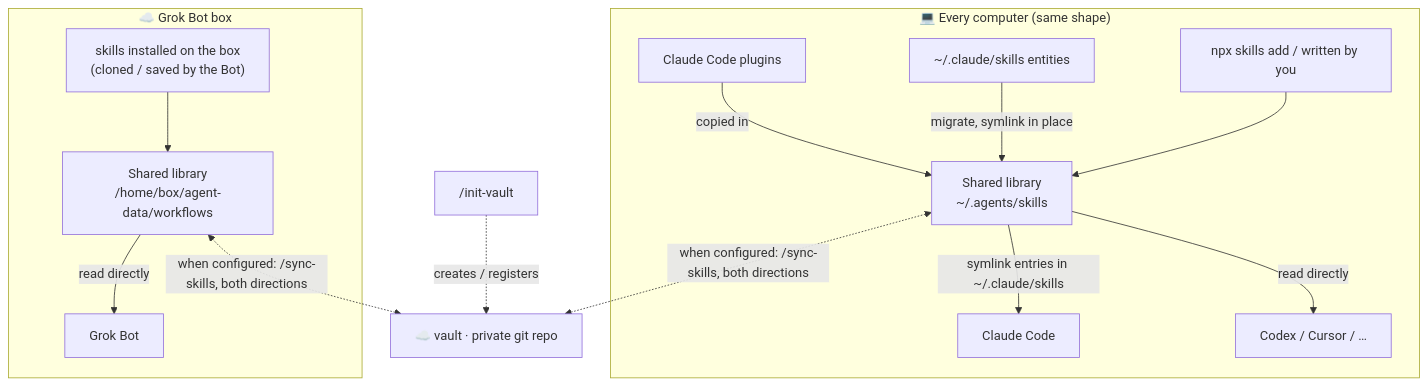
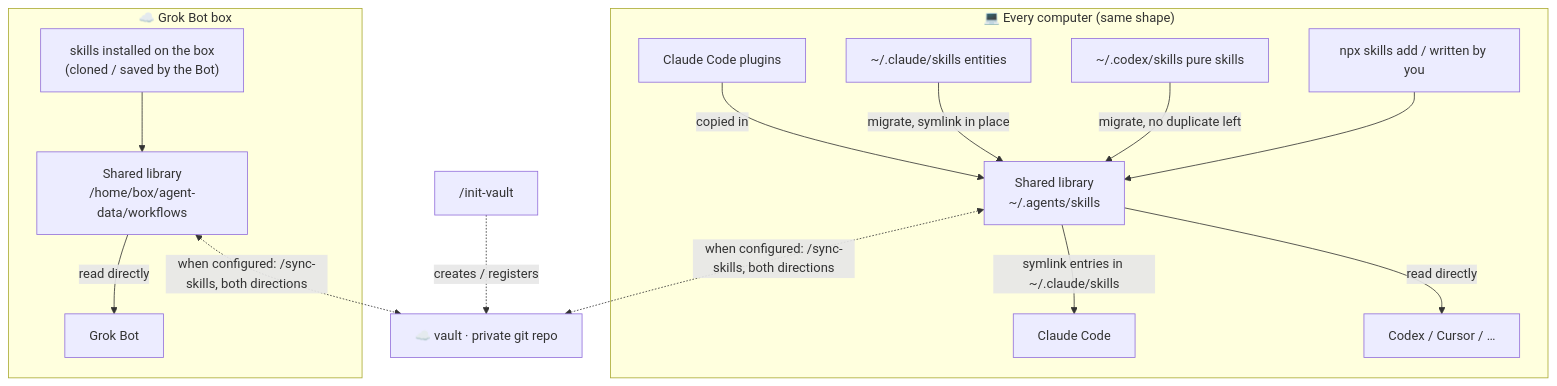
Before and after one commit to Apri1qing/skills-bridge: the diagram in README.md, drawn with Mermaid. The commit also changed 1 other file, not shown here.

Commit message:
docs: add the ~/.codex/skills entry road to the flow diagram

````diff
--- a/README.md
+++ b/README.md
@@ -50,28 +50,30 @@
 ```mermaid
 flowchart TB
     subgraph M1["💻 Every computer (same shape)"]
         P["Claude Code plugins"]
         E["~/.claude/skills entities"]
+        DX["~/.codex/skills pure skills"]
         N["npx skills add / written by you"]
         W1["Shared library<br/>~/.agents/skills"]
         CC["Claude Code"]
         CX["Codex / Cursor / …"]
         P -->|"copied in"| W1
         E -->|"migrate, symlink in place"| W1
+        DX -->|"migrate, no duplicate left"| W1
         N --> W1
         W1 -->|"symlink entries in ~/.claude/skills"| CC
         W1 -->|"read directly"| CX
     end
     subgraph M2["☁️ Grok Bot box"]
         B["skills installed on the box<br/>(cloned / saved by the Bot)"]
         W2["Shared library<br/>/home/box/agent-data/workflows"]
         GB["Grok Bot"]
         B --> W2
         W2 -->|"read directly"| GB
     end
     V["☁️ vault · private git repo"]
     IV["/init-vault"]
     W1 <-.->|"when configured: /sync-skills, both directions"| V
     W2 <-.->|"when configured: /sync-skills, both directions"| V
     IV -.->|"creates / registers"| V
 ```
````
